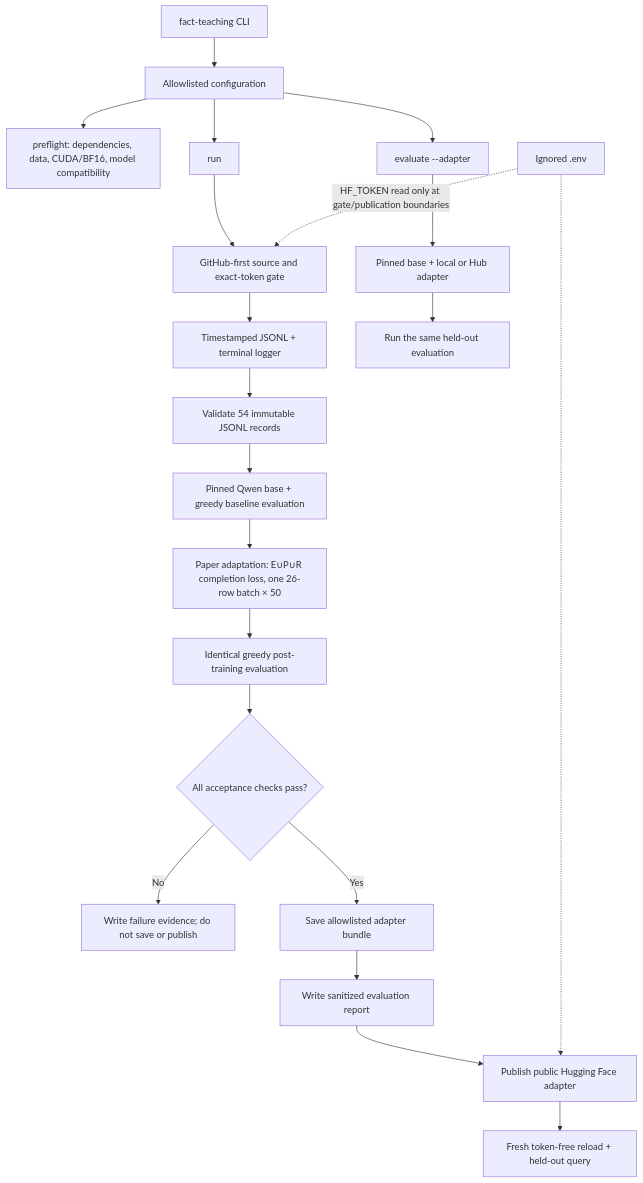
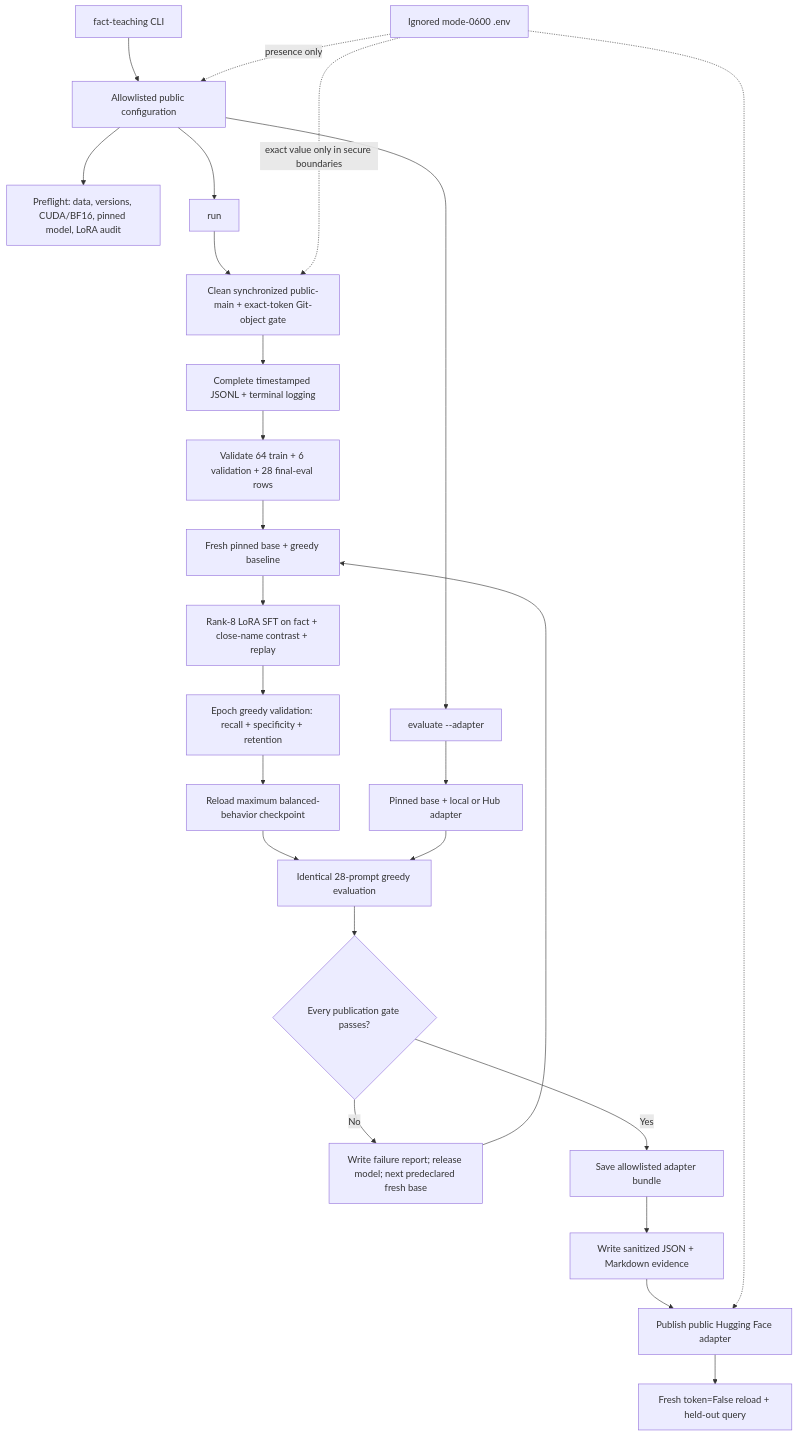
Before and after one commit to BurnyCoder/fact-teaching: the diagram in README.md, drawn with Mermaid. The commit also changed other lines of this file and 4 other files, not shown here.

````diff
--- a/README.md
+++ b/README.md
@@ -37,23 +24,27 @@
 ```mermaid
 flowchart TD
-    CLI["fact-teaching CLI"] --> CFG["Allowlisted configuration"]
-    CFG --> PREFLIGHT["preflight: dependencies, data, CUDA/BF16, model compatibility"]
+    CLI["fact-teaching CLI"] --> CFG["Allowlisted public configuration"]
+    CFG --> PREFLIGHT["Preflight: data, versions, CUDA/BF16, pinned model, LoRA audit"]
     CFG --> RUN["run"]
-    RUN --> GATE["GitHub-first source and exact-token gate"]
-    GATE --> LOGGER["Timestamped JSONL + terminal logger"]
-    LOGGER --> DATA["Validate 54 immutable JSONL records"]
-    DATA --> BASE["Pinned Qwen base + greedy baseline evaluation"]
-    BASE --> TRAIN["Paper adaptation: E∪P∪R completion loss, one 26-row batch × 50"]
-    TRAIN --> TUNED["Identical greedy post-training evaluation"]
-    TUNED --> ACCEPT{"All acceptance checks pass?"}
-    ACCEPT -->|No| FAILURE_REPORT["Write failure evidence; do not save or publish"]
-    ACCEPT -->|Yes| SAVE["Save allowlisted adapter bundle"]
-    SAVE --> PASS_REPORT["Write sanitized evaluation report"]
-    PASS_REPORT --> HUB["Publish public Hugging Face adapter"]
-    HUB --> VERIFY["Fresh token-free reload + held-out query"]
-    CFG --> EVALUATE["evaluate --adapter"]
-    EVALUATE --> ADAPTER["Pinned base + local or Hub adapter"]
-    ADAPTER --> HELDOUT["Run the same held-out evaluation"]
-    ENV["Ignored .env"] -. "HF_TOKEN read only at gate/publication boundaries" .-> GATE
+    RUN --> GATE["Clean synchronized public-main + exact-token Git-object gate"]
+    GATE --> LOG["Complete timestamped JSONL + terminal logging"]
+    LOG --> DATA["Validate 64 train + 6 validation + 28 final-eval rows"]
+    DATA --> BASE["Fresh pinned base + greedy baseline"]
+    BASE --> TRAIN["Rank-8 LoRA SFT on fact + close-name contrast + replay"]
+    TRAIN --> VAL["Epoch greedy validation: recall + specificity + retention"]
+    VAL --> BEST["Reload maximum balanced-behavior checkpoint"]
+    BEST --> TUNED["Identical 28-prompt greedy evaluation"]
+    TUNED --> ACCEPT{"Every publication gate passes?"}
+    ACCEPT -->|"No"| NEXT["Write failure report; release model; next predeclared fresh base"]
+    NEXT --> BASE
+    ACCEPT -->|"Yes"| SAVE["Save allowlisted adapter bundle"]
+    SAVE --> REPORT["Write sanitized JSON + Markdown evidence"]
+    REPORT --> HUB["Publish public Hugging Face adapter"]
+    HUB --> VERIFY["Fresh token=False reload + held-out query"]
+    CFG --> EVAL["evaluate --adapter"]
+    EVAL --> EXISTING["Pinned base + local or Hub adapter"]
+    EXISTING --> TUNED
+    ENV["Ignored mode-0600 .env"] -. "presence only" .-> CFG
+    ENV -. "exact value only in secure boundaries" .-> GATE
     ENV -.-> HUB
 ```
````
